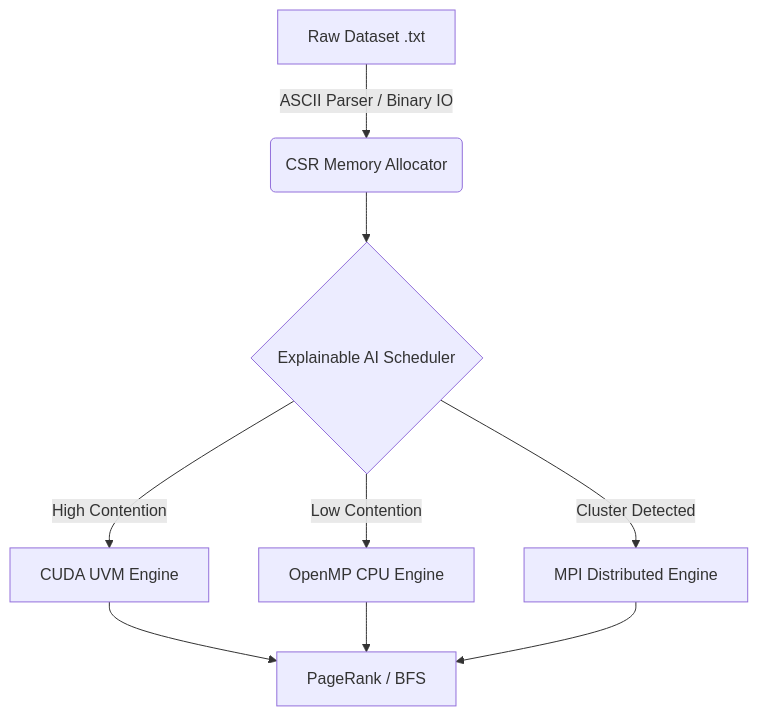
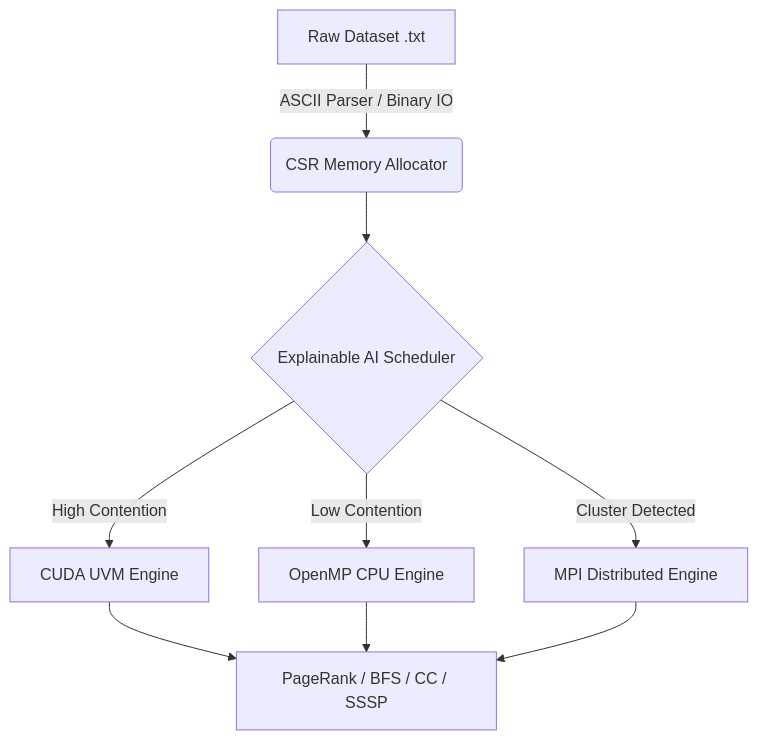
The diagram in README.md (Hemanthf224/adaptive-graph-engine), drawn with Mermaid before and after one commit. The commit also changed other lines of this file and 5 other files, not shown here.

````diff
--- a/README.md
+++ b/README.md
@@ -47,11 +54,11 @@
 ```mermaid
 graph TD
     A[Raw Dataset .txt] -->|ASCII Parser / Binary IO| B(CSR Memory Allocator)
     B --> C{Explainable AI Scheduler}
     C -->|High Contention| D[CUDA UVM Engine]
     C -->|Low Contention| E[OpenMP CPU Engine]
     C -->|Cluster Detected| F[MPI Distributed Engine]
-    D --> G[PageRank / BFS]
+    D --> G[PageRank / BFS / CC / SSSP]
     E --> G
     F --> G
 ```
````
